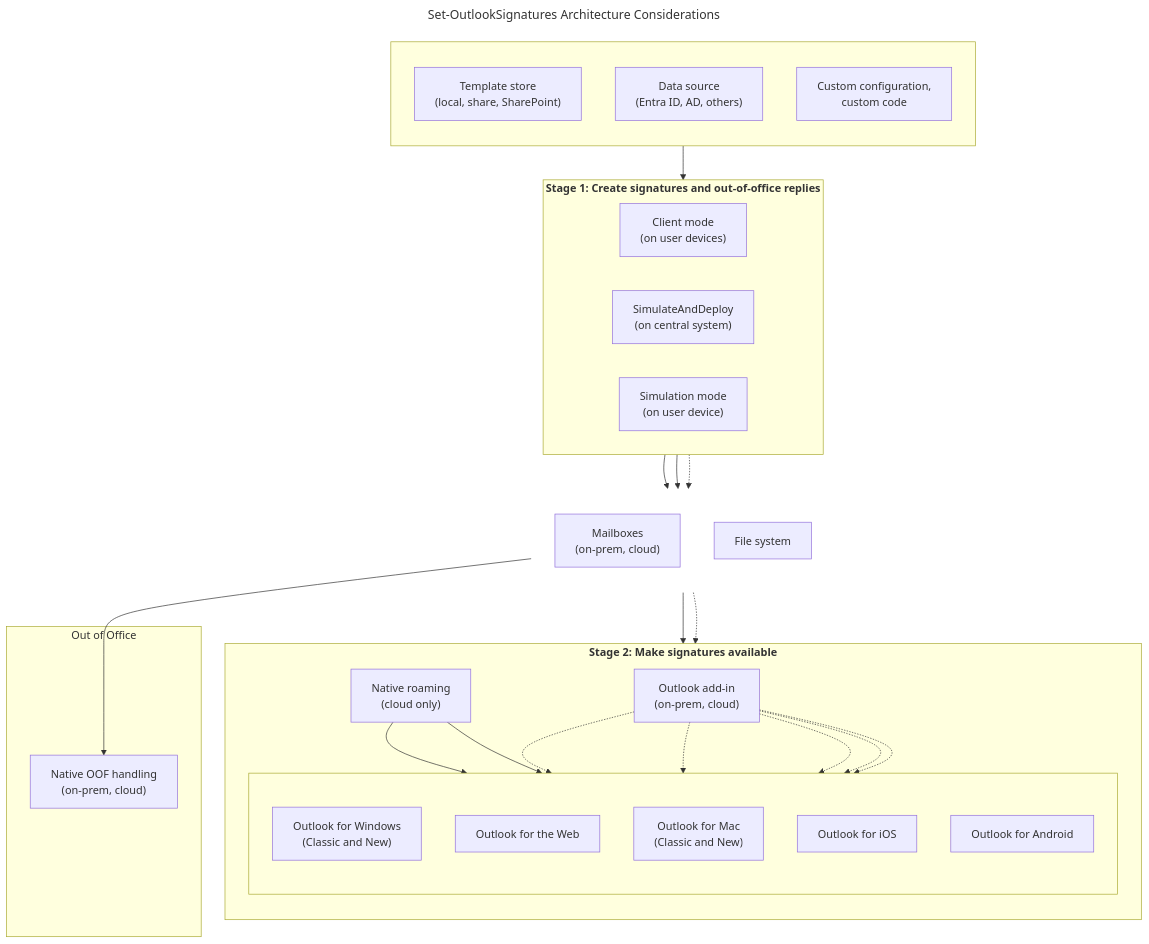
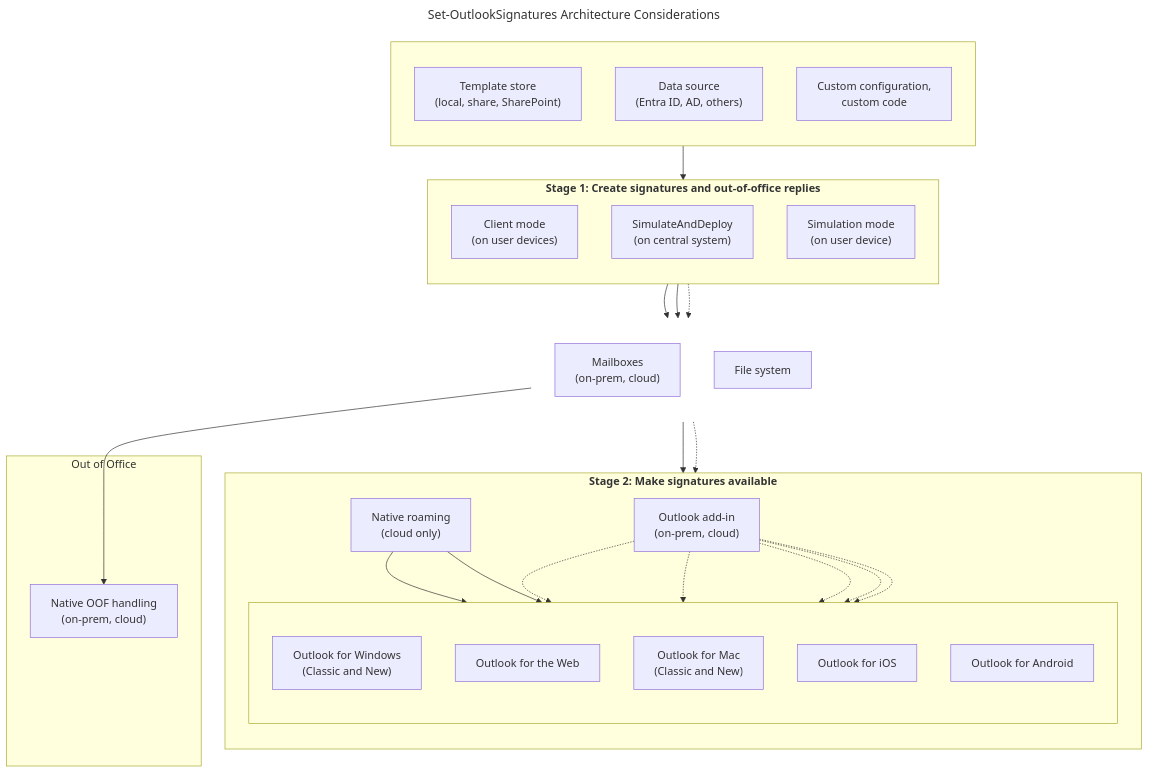
One commit to ExplicITConsulting/set-outlooksignatures.com changed the diagram in details.en.md. Above: the diagram before and after it, drawn with Mermaid.

Commit message:
docs(details): Rephrasing

````diff
--- a/details.en.md
+++ b/details.en.md
@@ -96,62 +96,62 @@
 ```mermaid
 ---
 title: Set-OutlookSignatures Architecture Considerations
 ---
 flowchart TB
-    classDef invisible fill:none,stroke:none;
+  classDef invisible fill:none,stroke:none;
 
-    subgraph inputs [" "]
-        direction TB
-        templatestore["Template store<br/>(local, share, SharePoint)"]
-        datasource["Data source<br/>(Entra ID, AD, others)"]
-        config["Custom configuration,<br/>custom code"]
+  subgraph inputs [" "]
+    direction TB
+    templatestore["Template store<br/>(local, share, SharePoint)"]
+    datasource["Data source<br/>(Entra ID, AD, others)"]
+    config["Custom configuration,<br/>custom code"]
+  end
+
+  subgraph gen ["<b>Stage 1: Create signatures and out-of-office replies</b>"]
+    direction TB
+    clientmode["Client mode<br>(on user devices)"]
+    simulateanddeploy["SimulateAndDeploy<br>(on central system)"]
+    simulate["Simulation mode<br>(on user device)"]
+  end
+
+  subgraph mid [" "]
+    direction TB
+    mailbox["Mailboxes<br>(on-prem, cloud)"]
+    filesystem["File system"]
+  end
+
+  subgraph avail ["<b>Stage 2: Make signatures available</b>"]
+    direction TB
+
+    roam["Native roaming<br>(cloud only)"]
+    addin["Outlook add-in<br>(on-prem, cloud)"]
+
+    subgraph outlookeditions [" "]
+      direction TB
+      WinOutlook["Outlook for Windows<br>(Classic and New)"]
+      WebOutlook["Outlook for the Web"]
+      Mac["Outlook for Mac<br>(Classic and New)"]
+      iOS["Outlook for iOS"]
+      Android["Outlook for Android"]
     end
+  end
 
-    subgraph gen ["<b>Stage 1: Create signatures and out-of-office replies</b>"]
-        direction LR
-        clientmode["Client mode<br>(on user devices)"]
-        simulateanddeploy["SimulateAndDeploy<br>(on central system)"]
-        simulate["Simulation mode<br>(on user device)"]
-    end
+  subgraph oofbox["Out of Office"]
+    oof["Native OOF handling<br>(on-prem, cloud)"]
+  end
 
-    subgraph mid [" "]
-        direction TB
-        mailbox["Mailboxes<br>(on-prem, cloud)"]
-        filesystem["File system"]
-    end
+  class mid invisible;
 
-    subgraph avail ["<b>Stage 2: Make signatures available</b>"]
-        direction TB
+  inputs --> gen
 
-        roam["Native roaming<br>(cloud only)"]
-        addin["Outlook add-in<br>(on-prem, cloud)"]
+  clientmode --> mailbox
+  simulateanddeploy --> mailbox
+  simulate -.-> filesystem
+  
+  mailbox --> roam
+  mailbox --> oof
+  mailbox -.-> addin
 
-        subgraph outlookeditions [" "]
-            direction TB
-            WinOutlook["Outlook for Windows<br>(Classic and New)"]
-            WebOutlook["Outlook for the Web"]
-            Mac["Outlook for Mac<br>(Classic and New)"]
-            iOS["Outlook for iOS"]
-            Android["Outlook for Android"]
-        end
-    end
-
-    subgraph oofbox["Out of Office"]
-        oof["Native OOF handling<br>(on-prem, cloud)"]
-    end
-
-    class mid invisible;
-
-    inputs --> gen
-
-    clientmode --> mailbox
-    simulateanddeploy --> mailbox
-    simulate -.-> filesystem
-    
-    mailbox --> roam
-    mailbox --> oof
-    mailbox -.-> addin
-
-    roam --> WinOutlook & WebOutlook
-    addin -.-> WinOutlook & WebOutlook & Mac & iOS & Android
+  roam --> WinOutlook & WebOutlook
+  addin -.-> WinOutlook & WebOutlook & Mac & iOS & Android
 ```
````
